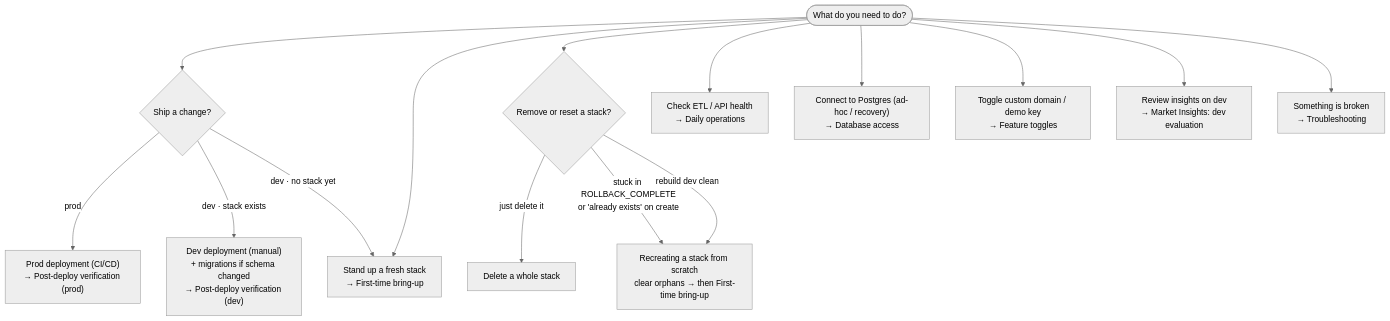
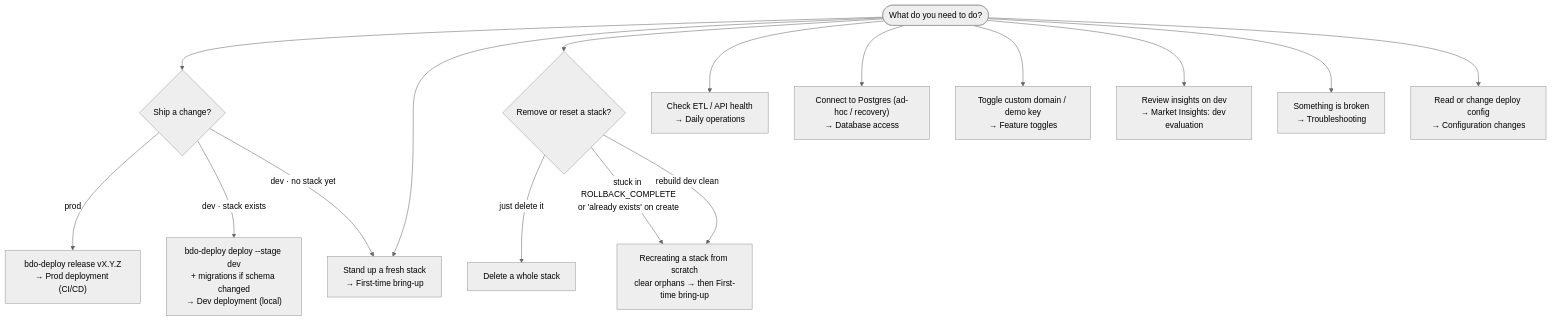
One commit to RyanYCT/bdo-market-insights changed the first of 2 diagrams in docs/runbook.md. Above: the diagram before and after it, drawn with Mermaid (neutral theme). The commit also changed other lines of this file, not shown here.

First line of the commit message:
docs(runbook): make bdo-deploy the documented deploy path

````diff
--- a/docs/runbook.md
+++ b/docs/runbook.md
@@ -60,23 +74,24 @@
 ```mermaid
 flowchart TD
     q(["What do you need to do?"])
 
     q --> shipping{"Ship a change?"}
     q --> standup["Stand up a fresh stack<br/>→ First-time bring-up"]
     q --> reset{"Remove or reset a stack?"}
     q --> monitor["Check ETL / API health<br/>→ Daily operations"]
     q --> dbwork["Connect to Postgres (ad-hoc / recovery)<br/>→ Database access"]
     q --> feature["Toggle custom domain / demo key<br/>→ Feature toggles"]
     q --> reviewi["Review insights on dev<br/>→ Market Insights: dev evaluation"]
     q --> broken["Something is broken<br/>→ Troubleshooting"]
 
-    shipping -->|"prod"| pr["Prod deployment (CI/CD)<br/>→ Post-deploy verification (prod)"]
-    shipping -->|"dev · stack exists"| dv["Dev deployment (manual)<br/>+ migrations if schema changed<br/>→ Post-deploy verification (dev)"]
+    shipping -->|"prod"| pr["bdo-deploy release vX.Y.Z<br/>→ Prod deployment (CI/CD)"]
+    shipping -->|"dev · stack exists"| dv["bdo-deploy deploy --stage dev<br/>+ migrations if schema changed<br/>→ Dev deployment (local)"]
     shipping -->|"dev · no stack yet"| standup
+    q --> cfg["Read or change deploy config<br/>→ Configuration changes"]
 
     reset -->|"just delete it"| cl["Delete a whole stack"]
     reset -->|"stuck in ROLLBACK_COMPLETE<br/>or 'already exists' on create"| rc
     reset -->|"rebuild dev clean"| rc
 
     rc["Recreating a stack from scratch<br/>clear orphans → then First-time bring-up"]
 ```
````
